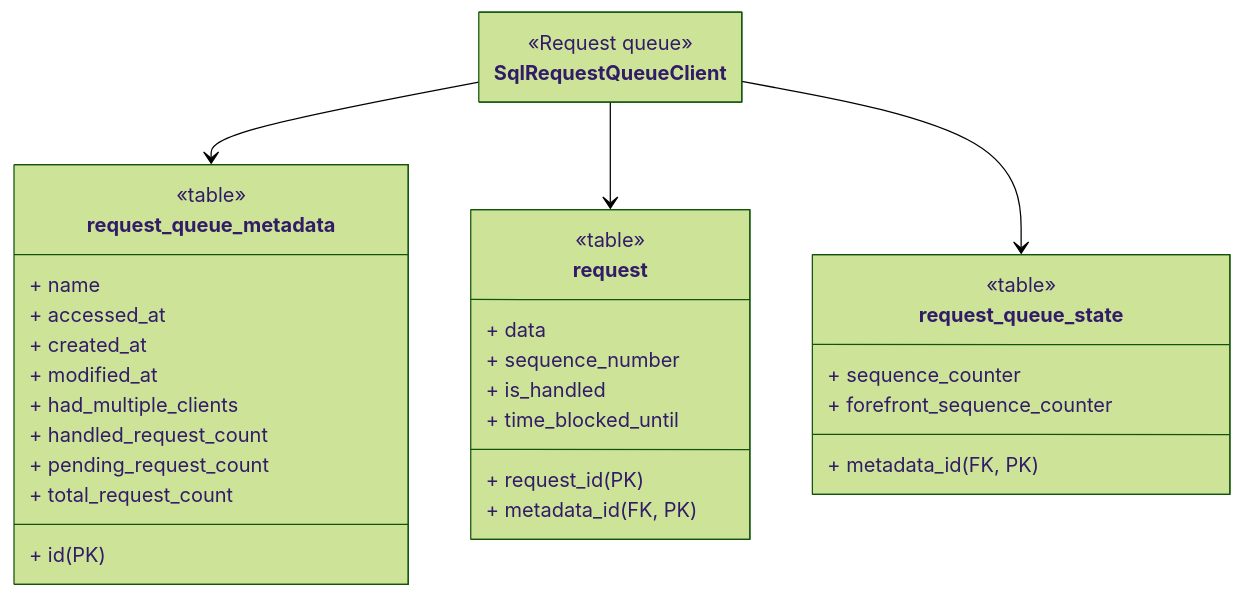
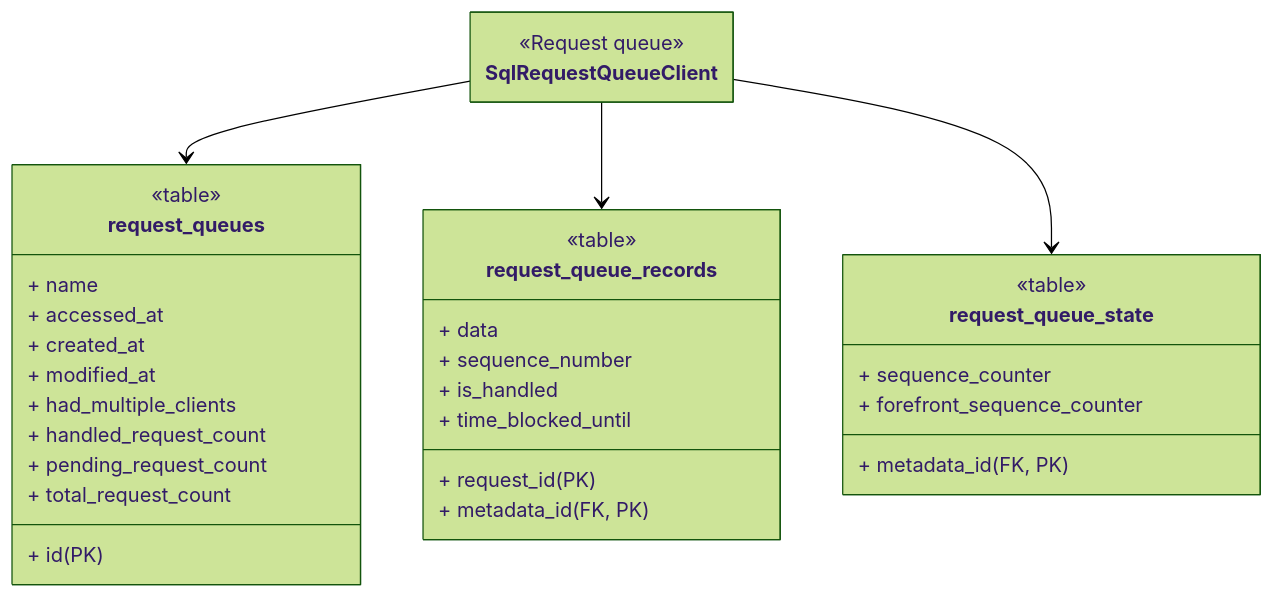
One commit to apify/crawlee-python changed the third of 3 diagrams in docs/guides/storage_clients.mdx. Above: the diagram before and after it, drawn with Mermaid (forest theme). The commit also changed other lines of this file and 13 other files, not shown here.

Commit message:
polish sql-client

````diff
--- a/docs/guides/storage_clients.mdx
+++ b/docs/guides/storage_clients.mdx
@@ -225,59 +234,59 @@
 ```mermaid
 ---
 config:
     class:
         hideEmptyMembersBox: true
 ---
 
 classDiagram
 
 %% ========================
 %% Storage Clients
 %% ========================
 
 class SqlRequestQueueClient {
     <<Request queue>>
 }
 
 %% ========================
 %% Request Queue Tables
 %% ========================
 
-class request_queue_metadata {
+class request_queues {
     <<table>>
     + id (PK)
     + name
     + accessed_at
     + created_at
     + modified_at
     + had_multiple_clients
     + handled_request_count
     + pending_request_count
     + total_request_count
 }
 
-class request {
+class request_queue_records {
     <<table>>
     + request_id (PK)
     + metadata_id (FK, PK)
     + data
     + sequence_number
     + is_handled
     + time_blocked_until
 }
 
 class request_queue_state {
     <<table>>
     + metadata_id (FK, PK)
     + sequence_counter
     + forefront_sequence_counter
 }
 
 %% ========================
 %% Client to Table arrows
 %% ========================
 
-SqlRequestQueueClient --> request_queue_metadata
-SqlRequestQueueClient --> request
+SqlRequestQueueClient --> request_queues
+SqlRequestQueueClient --> request_queue_records
 SqlRequestQueueClient --> request_queue_state
 ```
````
